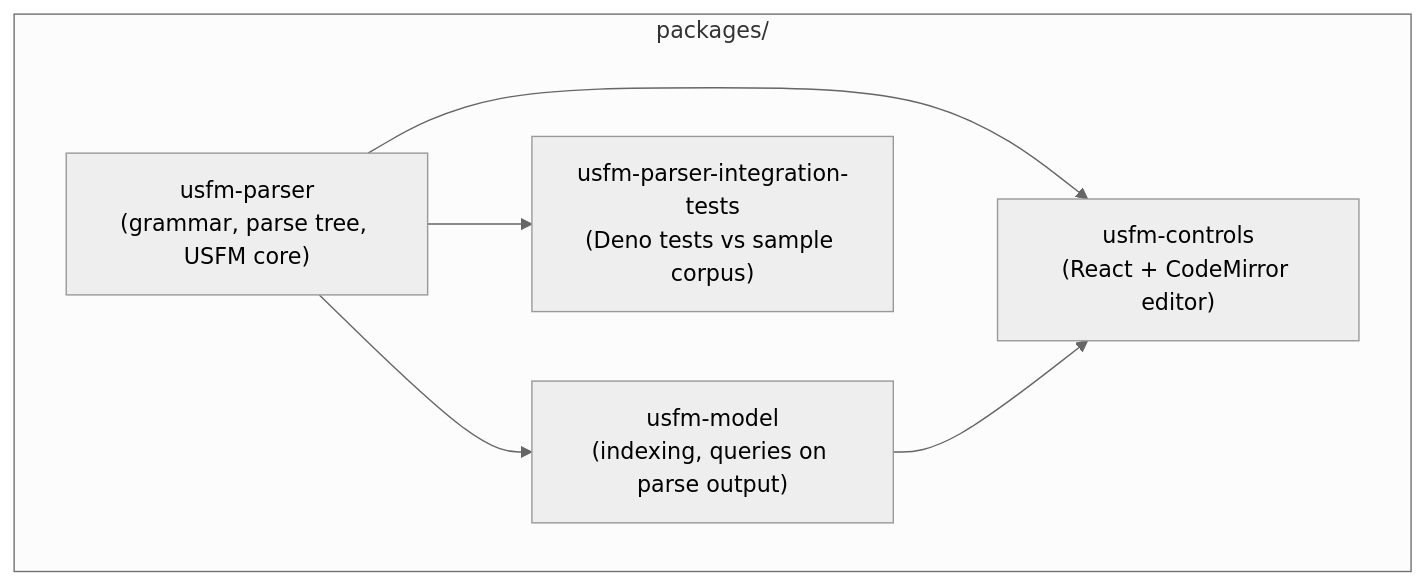
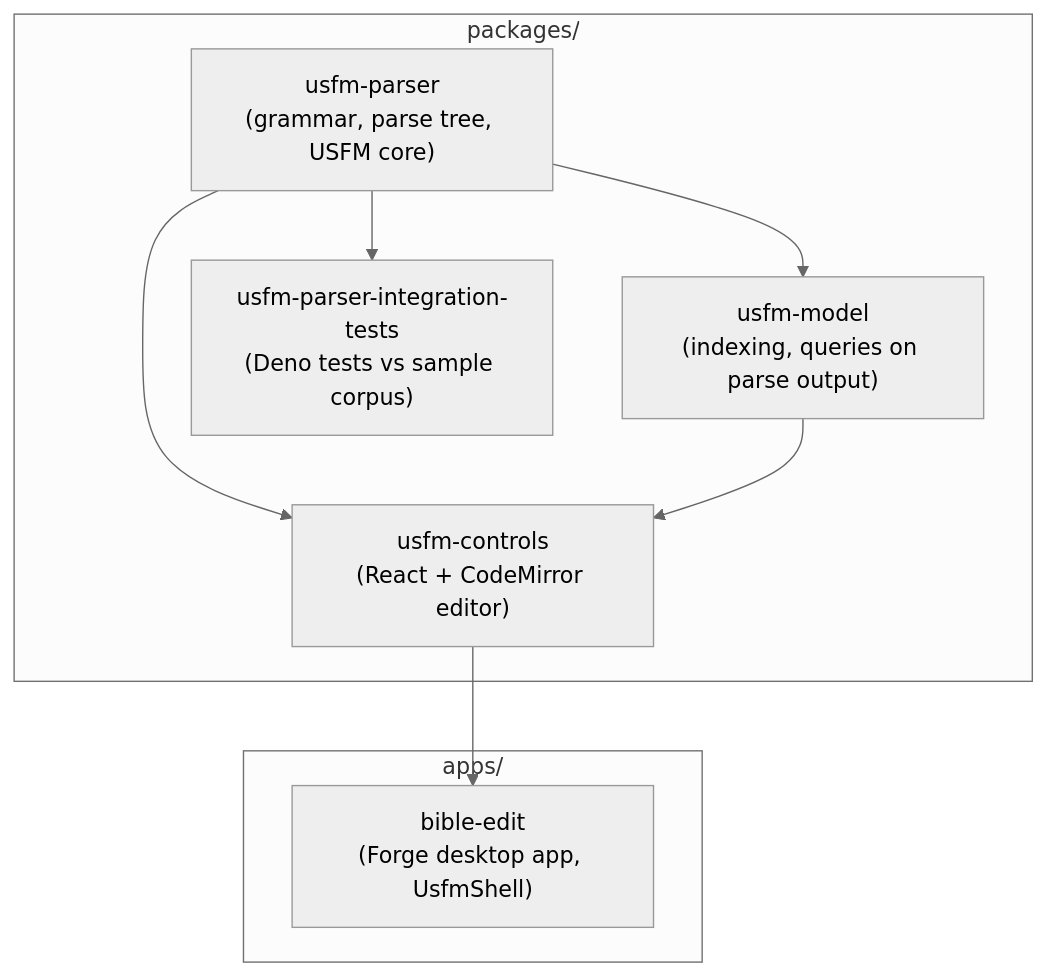
One commit to bencarnes/UsfmTools changed the diagram in README.md. Above: the diagram before and after it, drawn with Mermaid (neutral theme). The commit also changed other lines of this file and 12 other files, not shown here.

First line of the commit message:
Add bible-edit README and unit tests

````diff
--- a/README.md
+++ b/README.md
@@ -9,13 +9,17 @@
 ```mermaid
 flowchart TB
   subgraph packages["packages/"]
     parser["usfm-parser\n(grammar, parse tree, USFM core)"]
     model["usfm-model\n(indexing, queries on parse output)"]
     controls["usfm-controls\n(React + CodeMirror editor)"]
     integ["usfm-parser-integration-tests\n(Deno tests vs sample corpus)"]
   end
+  subgraph apps["apps/"]
+    bibleEdit["bible-edit\n(Forge desktop app, UsfmShell)"]
+  end
   parser --> model
   parser --> controls
   model --> controls
   parser --> integ
+  controls --> bibleEdit
 ```
````
